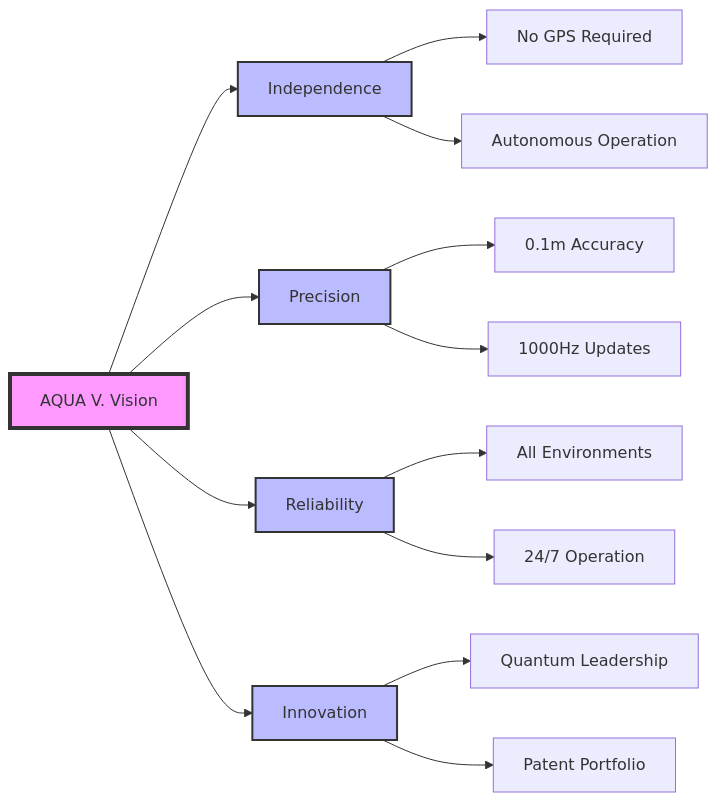
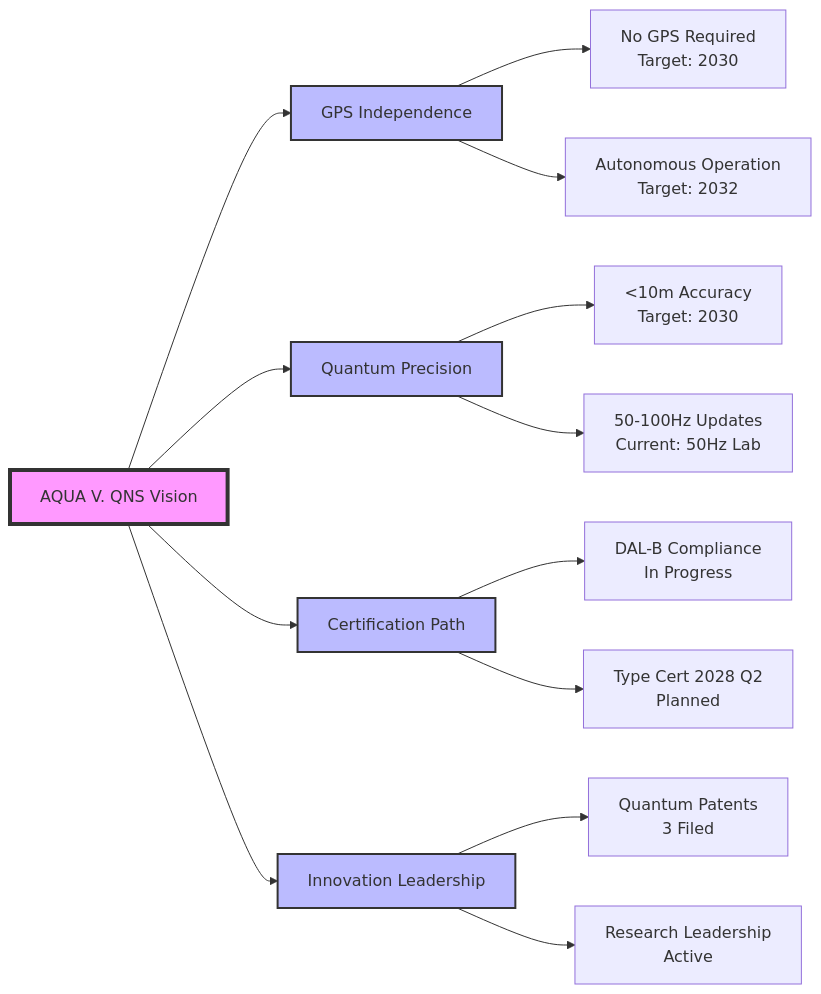
Before and after one commit to Robbbo-T/A-Q-U-A_V: the second of 33 diagrams in PRODUCT_LINES/QUANTUM/QUANTUM_SOFTWARE/DESIGN/QNS_NAVIGATION/DES_SOFTWARE_DEV/QUA-QNS01-25SVD0001-DES-BOB-ORG-TD-ATA-000-00-01-TPL-DOC-001-QCOM-v1.1.0 .md, drawn with Mermaid. The commit also changed other lines of this file, not shown here.

Commit message:
Update QUA-QNS01-25SVD0001-DES-BOB-ORG-TD-ATA-000-00-01-TPL-DOC-001-QCOM-v1.1.0 .md

````diff
--- a/PRODUCT_LINES/QUANTUM/QUANTUM_SOFTWARE/DESIGN/QNS_NAVIGATION/DES_SOFTWARE_DEV/QUA-QNS01-25SVD0001-DES-BOB-ORG-TD-ATA-000-00-01-TPL-DOC-001-QCOM-v1.1.0 .md
+++ b/PRODUCT_LINES/QUANTUM/QUANTUM_SOFTWARE/DESIGN/QNS_NAVIGATION/DES_SOFTWARE_DEV/QUA-QNS01-25SVD0001-DES-BOB-ORG-TD-ATA-000-00-01-TPL-DOC-001-QCOM-v1.1.0 .md
@@ -80,29 +89,25 @@
 ```mermaid
 graph LR
-    A[AQUA V. Vision] --> B[Independence]
-    A --> C[Precision]
-    A --> D[Reliability]
-    A --> E[Innovation]
+    A[AQUA V. QNS Vision] --> B[GPS Independence]
+    A --> C[Quantum Precision]
+    A --> D[Certification Path]
+    A --> E[Innovation Leadership]
     
-    B --> B1[No GPS Required]
-    B --> B2[Autonomous Operation]
+    B --> B1[No GPS Required<br/>Target: 2030]
+    B --> B2[Autonomous Operation<br/>Target: 2032]
     
-    C --> C1[0.1m Accuracy]
-    C --> C2[1000Hz Updates]
+    C --> C1[<10m Accuracy<br/>Target: 2030]
+    C --> C2[50-100Hz Updates<br/>Current: 50Hz Lab]
     
-    D --> D1[All Environments]
-    D --> D2[24/7 Operation]
+    D --> D1[DAL-B Compliance<br/>In Progress]
+    D --> D2[Type Cert 2028 Q2<br/>Planned]
     
-    E --> E1[Quantum Leadership]
-    E --> E2[Patent Portfolio]
+    E --> E1[Quantum Patents<br/>3 Filed]
+    E --> E2[Research Leadership<br/>Active]
     
     style A fill:#f9f,stroke:#333,stroke-width:4px
     style B fill:#bbf,stroke:#333,stroke-width:2px
     style C fill:#bbf,stroke:#333,stroke-width:2px
     style D fill:#bbf,stroke:#333,stroke-width:2px
     style E fill:#bbf,stroke:#333,stroke-width:2px
-    
-    click B1 "./design/gps-independence.html" "GPS Independence Design"
-    click C1 "./design/accuracy-requirements.html" "Accuracy Requirements"
-    click E2 "./legal/patents.html" "Patent Portfolio"
 ```
````
